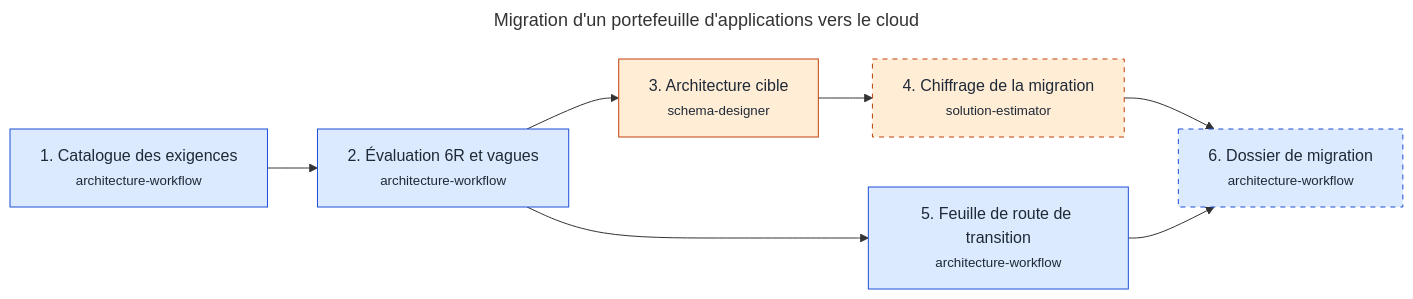
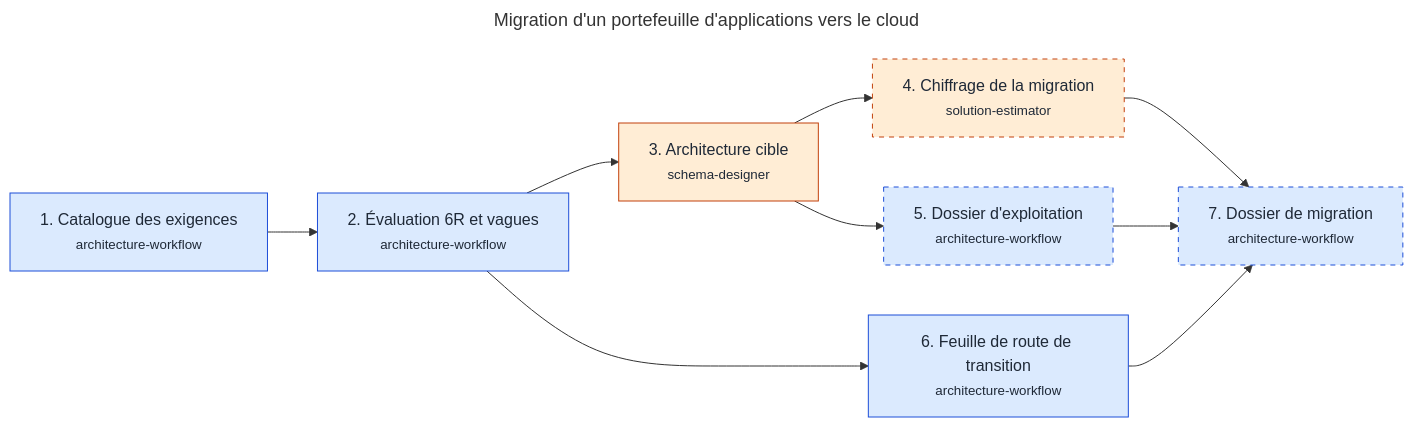
One commit to RenaudVanhille/myskills changed the diagram in docs/workflows/migration-cloud.md. Above: the diagram before and after it, drawn with Mermaid. The commit also changed other lines of this file and 19 other files, not shown here.

First line of the commit message:
feat(decision-log): dossier d'exploitation et processus métier branchés dans quatre workflows (#99)

````diff
--- a/docs/workflows/migration-cloud.md
+++ b/docs/workflows/migration-cloud.md
@@ -19,24 +19,27 @@
 ```mermaid
 ---
 title: "Migration d'un portefeuille d'applications vers le cloud"
 ---
 flowchart LR
   s_exigences["1. Catalogue des exigences<br/><small>architecture-workflow</small>"]
   s_evaluation["2. Évaluation 6R et vagues<br/><small>architecture-workflow</small>"]
   s_cible["3. Architecture cible<br/><small>schema-designer</small>"]
   s_chiffrage["4. Chiffrage de la migration<br/><small>solution-estimator</small>"]
-  s_feuille_de_route["5. Feuille de route de transition<br/><small>architecture-workflow</small>"]
-  s_dossier["6. Dossier de migration<br/><small>architecture-workflow</small>"]
+  s_exploitation["5. Dossier d'exploitation<br/><small>architecture-workflow</small>"]
+  s_feuille_de_route["6. Feuille de route de transition<br/><small>architecture-workflow</small>"]
+  s_dossier["7. Dossier de migration<br/><small>architecture-workflow</small>"]
   s_exigences --> s_evaluation
   s_evaluation --> s_cible
   s_cible --> s_chiffrage
+  s_cible --> s_exploitation
   s_evaluation --> s_feuille_de_route
   s_chiffrage --> s_dossier
   s_feuille_de_route --> s_dossier
+  s_exploitation --> s_dossier
   classDef moteur fill:#dbeafe,stroke:#1d4ed8,color:#1f2937
   classDef agent fill:#ffedd5,stroke:#c2410c,color:#1f2937
   classDef facultative stroke-dasharray:5 5
-  class s_exigences,s_evaluation,s_feuille_de_route,s_dossier moteur
+  class s_exigences,s_evaluation,s_exploitation,s_feuille_de_route,s_dossier moteur
   class s_cible,s_chiffrage agent
-  class s_chiffrage,s_dossier facultative
+  class s_chiffrage,s_exploitation,s_dossier facultative
 ```
````
